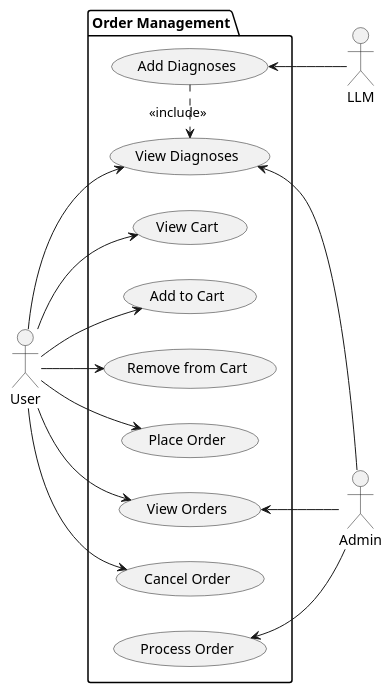
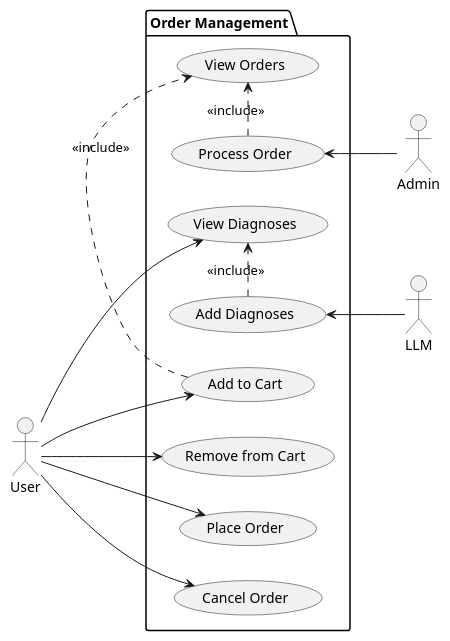
Before and after one commit to Aliefhasyani/Halobat: the diagram in Documents/Diagrams/order-management-usecase.wsd, drawn with PlantUML. The commit also changed 6 other files, not shown here.

```diff
--- a/Documents/Diagrams/order-management-usecase.wsd
+++ b/Documents/Diagrams/order-management-usecase.wsd
@@ -1,23 +1,21 @@
 @startuml order-management-usecase
 skinparam linetype spline
 left to right direction
 
 actor User
 actor Admin
 actor LLM
 
 package "Order Management" {
-  User --> (View Cart)
   User --> (Add to Cart)
   User --> (Remove from Cart)
   User --> (Place Order)
-  User --> (View Orders)
-  Admin --> (View Orders)
   User --> (Cancel Order)
   (Process Order) <-- Admin
+  (Add Diagnoses) <-- LLM
+  (Process Order) .> (View Orders) : <<include>>
   User --> (View Diagnoses)
-  (View Diagnoses) <-- Admin
-  (Add Diagnoses) <-- LLM
   (Add Diagnoses) .> (View Diagnoses) : <<include>>
+  (Add to Cart) .> (View Orders) : <<include>>
 }
 @enduml
```
